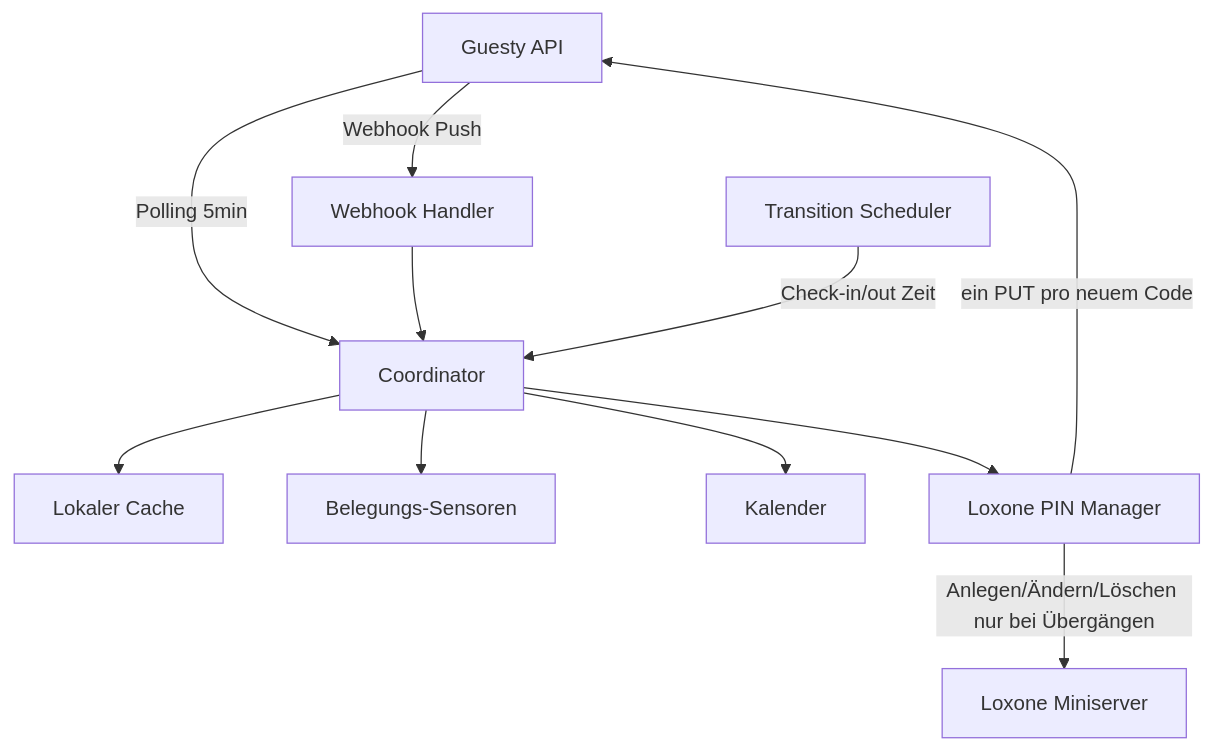
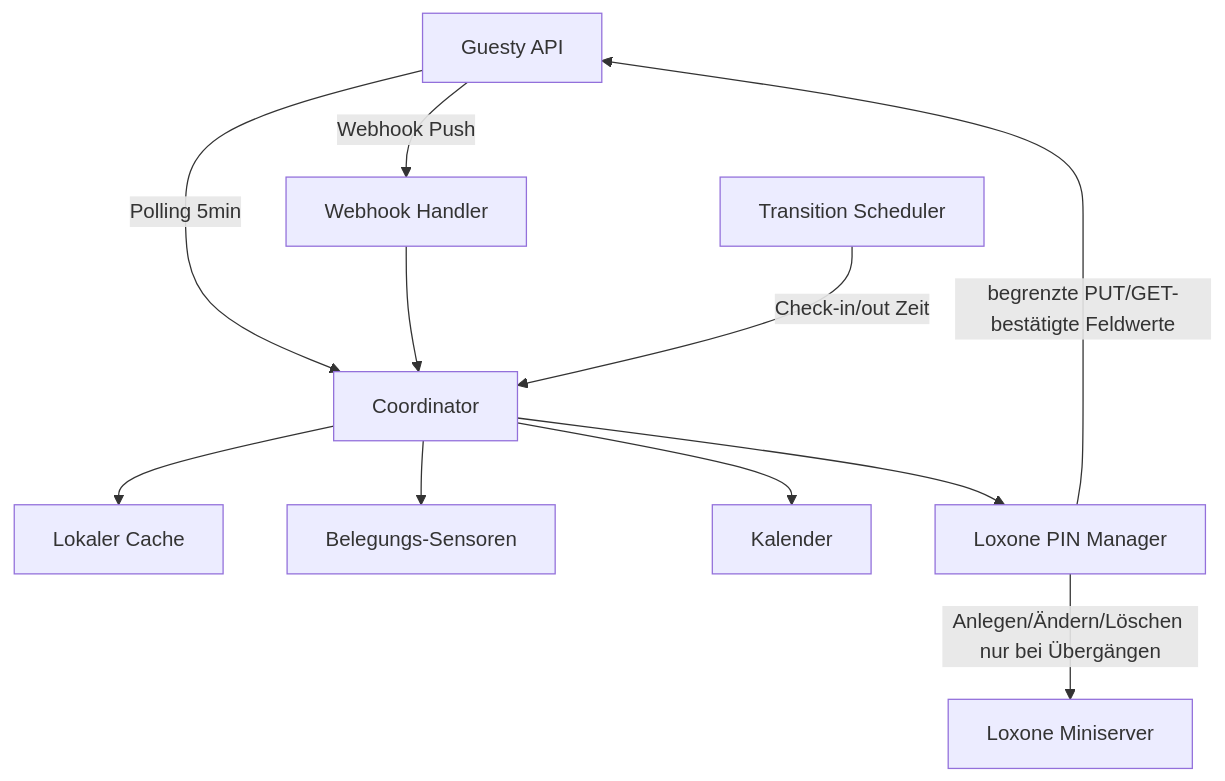
Before and after one commit to SVENS0Nb/Guesty-HA-Plugin: the diagram in README.md, drawn with Mermaid. The commit also changed other lines of this file and 7 other files, not shown here.

````diff
--- a/README.md
+++ b/README.md
@@ -477,13 +488,13 @@
 ```mermaid
 flowchart TD
     A[Guesty API] -->|Polling 5min| B[Coordinator]
     A -->|Webhook Push| C[Webhook Handler]
     C --> B
     B --> D[Lokaler Cache]
     B --> E[Belegungs-Sensoren]
     B --> F[Kalender]
     B --> H[Loxone PIN Manager]
-    H -->|ein PUT pro neuem Code| A
+    H -->|begrenzte PUT/GET-bestätigte Feldwerte| A
     H -->|Anlegen/Ändern/Löschen nur bei Übergängen| I[Loxone Miniserver]
     G[Transition Scheduler] -->|Check-in/out Zeit| B
 ```
````
